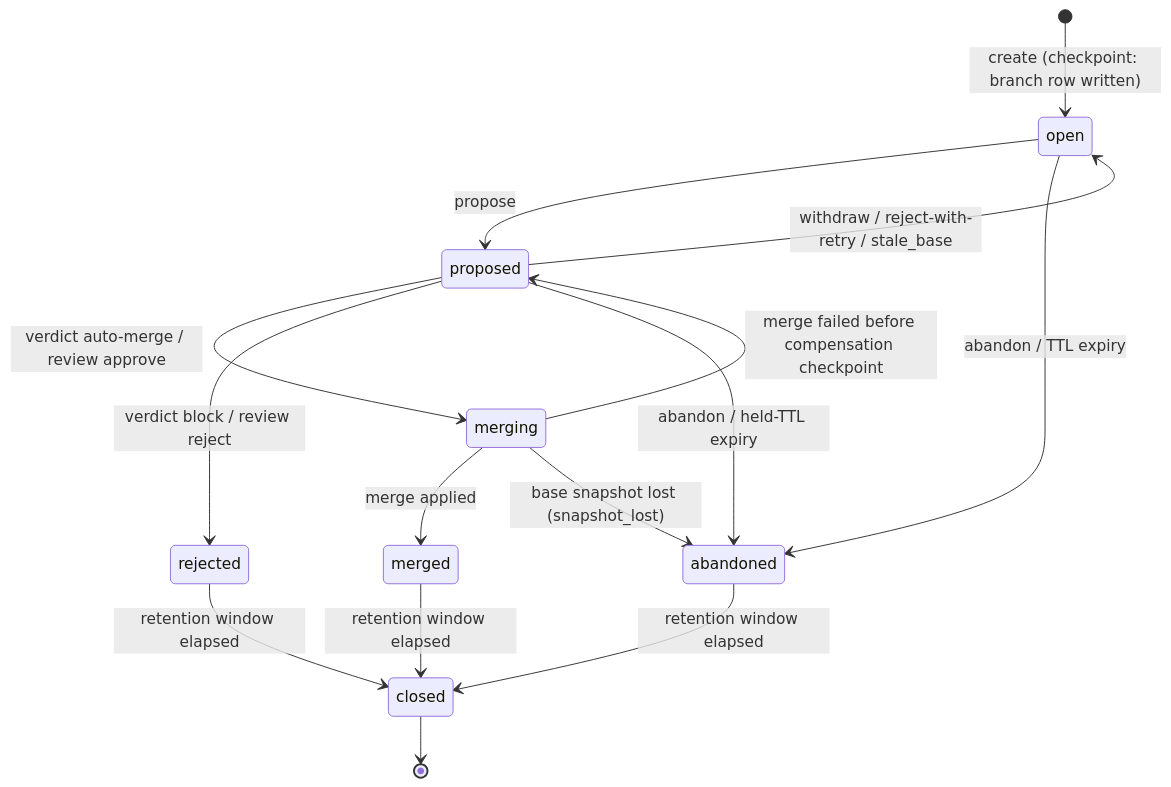
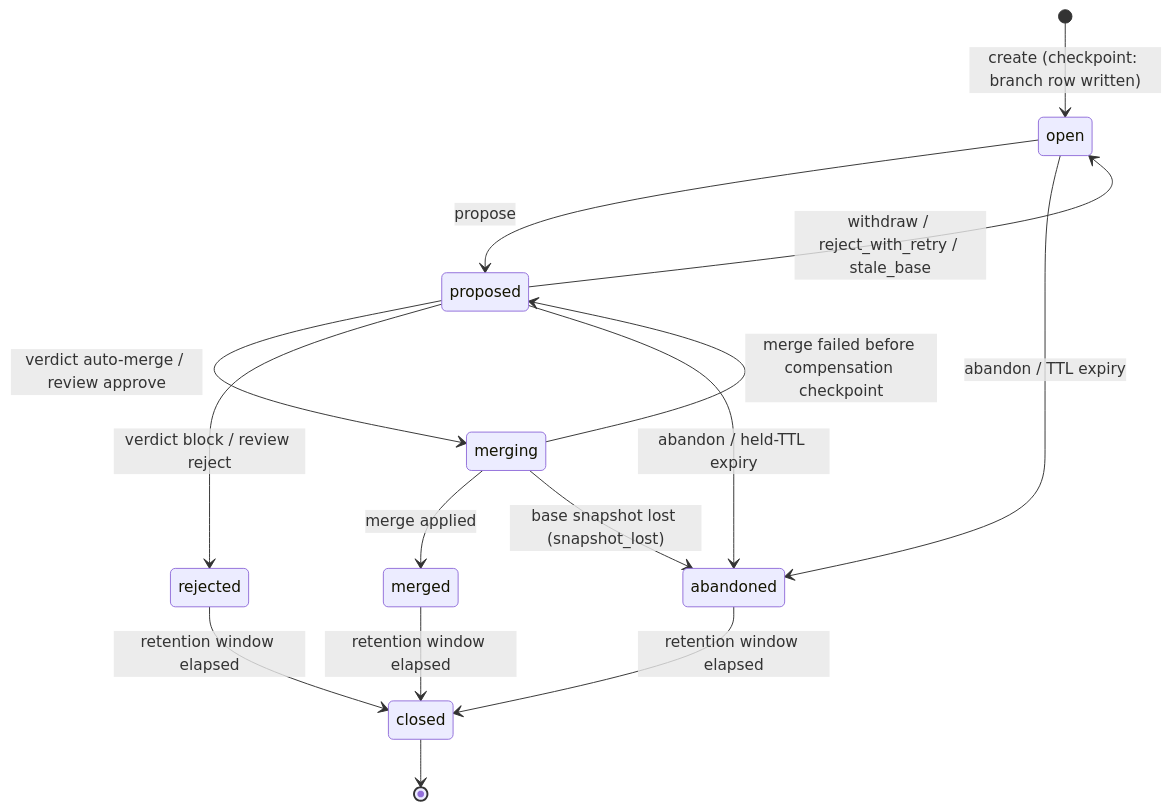
The first of 7 diagrams in docs/20-contracts/13-branch-and-merge-lifecycle.md (sunprema/steward), drawn with Mermaid before and after one commit. The commit also changed other lines of this file and 10 other files, not shown here.

````diff
--- a/docs/20-contracts/13-branch-and-merge-lifecycle.md
+++ b/docs/20-contracts/13-branch-and-merge-lifecycle.md
@@ -17,17 +17,17 @@
 ```mermaid
 stateDiagram-v2
     [*] --> open : create (checkpoint: branch row written)
     open --> proposed : propose
     open --> abandoned : abandon / TTL expiry
-    proposed --> open : withdraw / reject-with-retry / stale_base
+    proposed --> open : withdraw / reject_with_retry / stale_base
     proposed --> merging : verdict auto-merge / review approve
     proposed --> rejected : verdict block / review reject
     proposed --> abandoned : abandon / held-TTL expiry
     merging --> merged : merge applied
     merging --> proposed : merge failed before compensation checkpoint
     merging --> abandoned : base snapshot lost (snapshot_lost)
     merged --> closed : retention window elapsed
     rejected --> closed : retention window elapsed
     abandoned --> closed : retention window elapsed
     closed --> [*]
 ```
````
